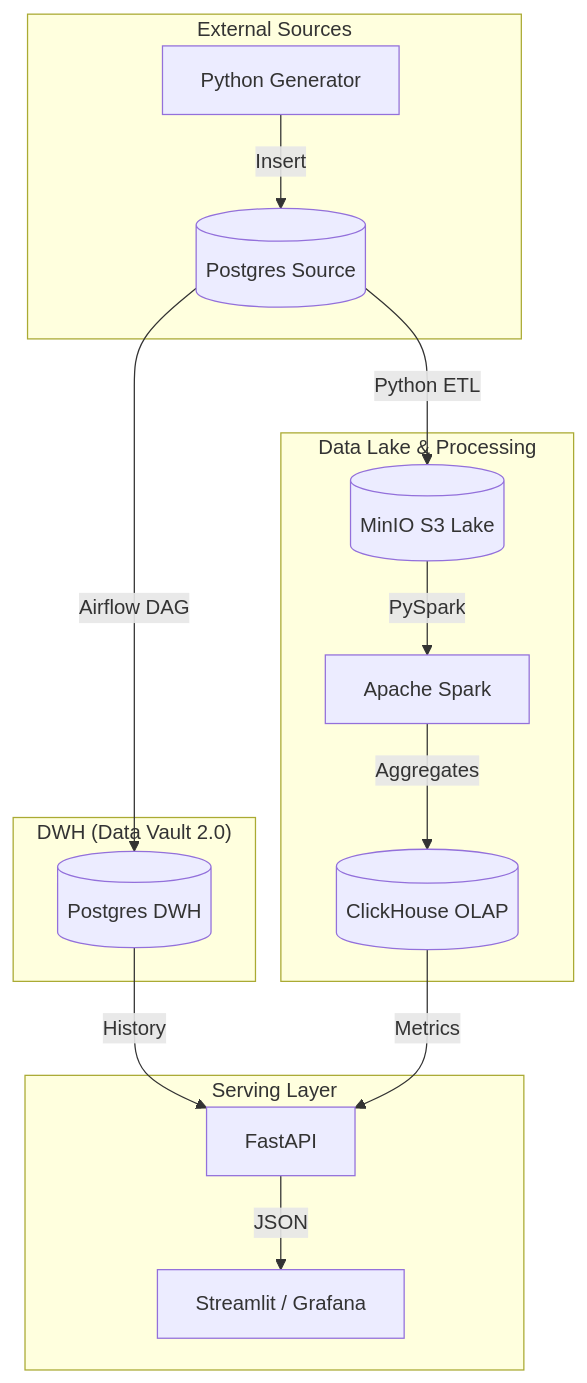
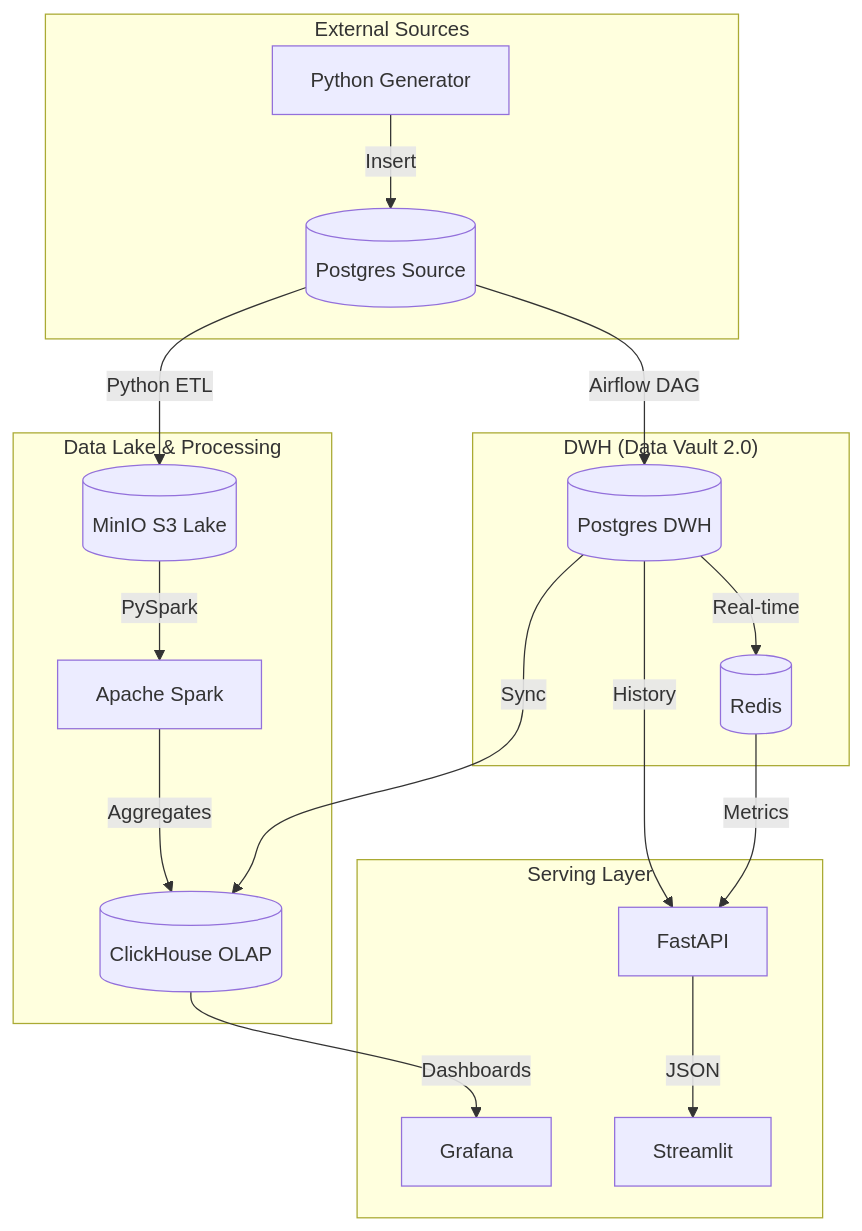
The diagram in README.md (darishevruslan-sys/hybrid-data-platform-de), drawn with Mermaid before and after one commit.

Commit message:
fix: updated architecture scheme in README

````diff
--- a/README.md
+++ b/README.md
@@ -14,22 +14,25 @@
 ```mermaid
 graph TD
     subgraph "External Sources"
         Gen[Python Generator] -->|Insert| PG_SRC[(Postgres Source)]
     end
 
     subgraph "Data Lake & Processing"
         PG_SRC -->|Python ETL| Lake[(MinIO S3 Lake)]
         Lake -->|PySpark| Spark[Apache Spark]
         Spark -->|Aggregates| CH[(ClickHouse OLAP)]
     end
 
     subgraph "DWH (Data Vault 2.0)"
         PG_SRC -->|Airflow DAG| DV[(Postgres DWH)]
+        DV -->|Sync| CH
+        DV -->|Real-time| REDIS[(Redis)]
     end
 
     subgraph "Serving Layer"
         DV -->|History| API[FastAPI]
-        CH -->|Metrics| API
-        API -->|JSON| UI[Streamlit / Grafana]
+        REDIS -->|Metrics| API
+        CH -->|Dashboards| GR[Grafana]
+        API -->|JSON| UI[Streamlit]
     end
 ```
````
